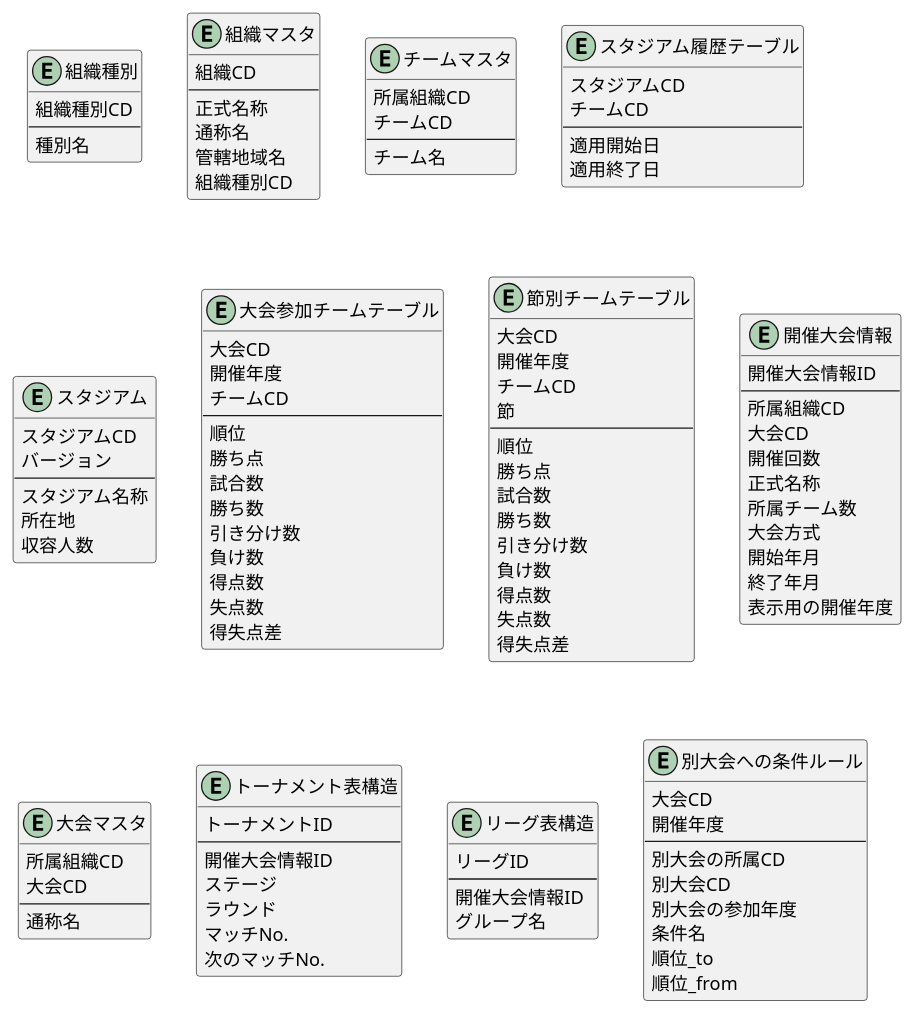
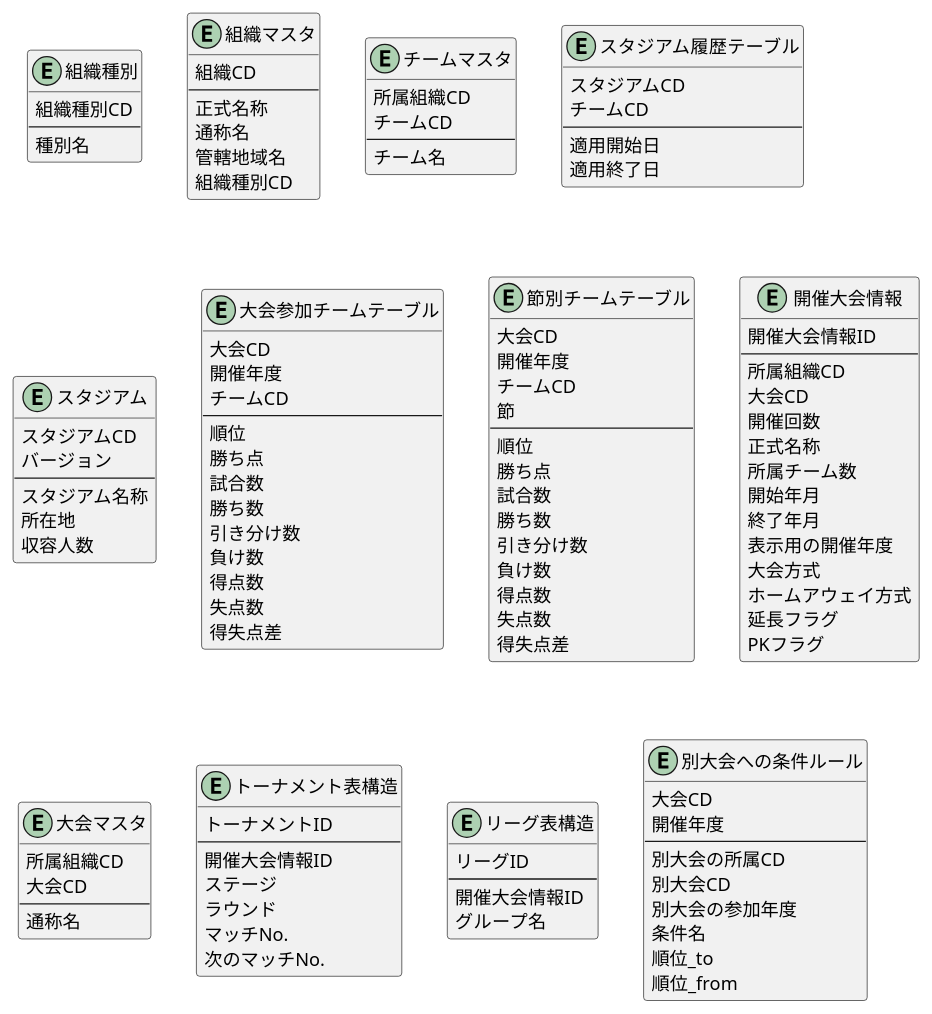
The diagram in soccker_db.puml (LCC-SYamada/SocckerDB_PlantUML), drawn with PlantUML before and after one commit.

Commit message:
開催大会情報にてフラグの追加

```diff
--- a/soccker_db.puml
+++ b/soccker_db.puml
@@ -1,125 +1,128 @@
 @startuml
 
 Entity "組織種別" as OrganizationType {
   組織種別CD
   --
   種別名
 }
 
 Entity "組織マスタ" as Organization {
   組織CD
   --
   正式名称
   通称名
   管轄地域名
   組織種別CD
 }
 
 Entity "チームマスタ" as Team {
   所属組織CD
   チームCD
   --
   チーム名
 }
 
 Entity "スタジアム履歴テーブル" as StadiumHistory {
   スタジアムCD
   チームCD
   --
   適用開始日
   適用終了日
 }
 
 Entity "スタジアム" as Stadium {
   スタジアムCD
   バージョン
   --
   スタジアム名称
   所在地
   収容人数
 }
 
 Entity "大会参加チームテーブル" as SeaSonTournament {
   大会CD
   開催年度
   チームCD
   --
   順位
   勝ち点
   試合数
   勝ち数
   引き分け数
   負け数
   得点数
   失点数
   得失点差  
 }
 
 Entity "節別チームテーブル" as MatchDayRank {
   大会CD
   開催年度
   チームCD
   節
   --
   順位
   勝ち点
   試合数
   勝ち数
   引き分け数
   負け数
   得点数
   失点数
   得失点差  
 }
 
 Entity "開催大会情報" as TournamentInfo {
   開催大会情報ID
   --
   所属組織CD
   大会CD
   開催回数
   正式名称
   所属チーム数
-  大会方式
   開始年月
   終了年月
   表示用の開催年度
+  大会方式
+  ホームアウェイ方式
+  延長フラグ
+  PKフラグ
 }
 
 Entity "大会マスタ" as Tournament {
   所属組織CD
   大会CD
   --
   通称名
 }
 
 Entity "トーナメント表構造" as TournamentTable {
   トーナメントID
   --
   開催大会情報ID
   ステージ
   ラウンド
   マッチNo.
   次のマッチNo.
 }
 
 Entity "リーグ表構造" as LeagueTable {
   リーグID
   --
   開催大会情報ID
   グループ名
 }
 
 Entity "別大会への条件ルール" as TournamentDetail {
   大会CD
   開催年度
   --
   別大会の所属CD
   別大会CD
   別大会の参加年度
   条件名
   順位_to
   順位_from
 }
 
 @enduml
```
